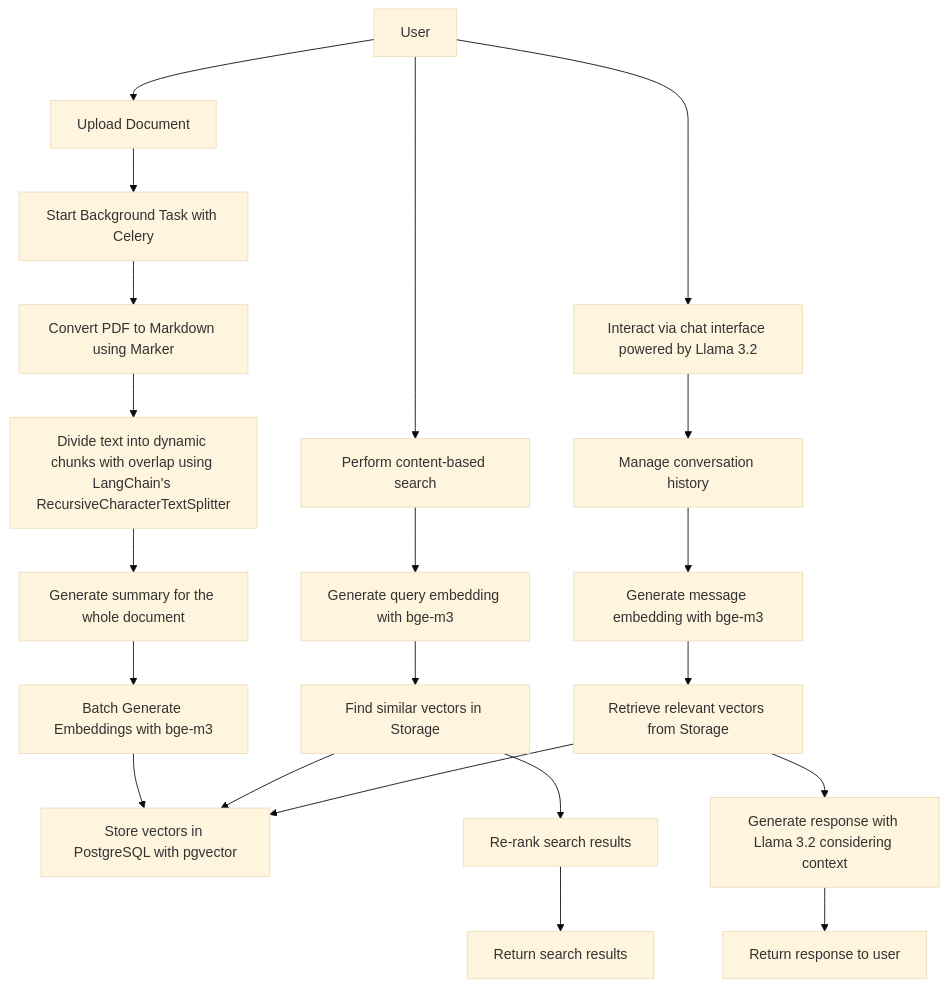
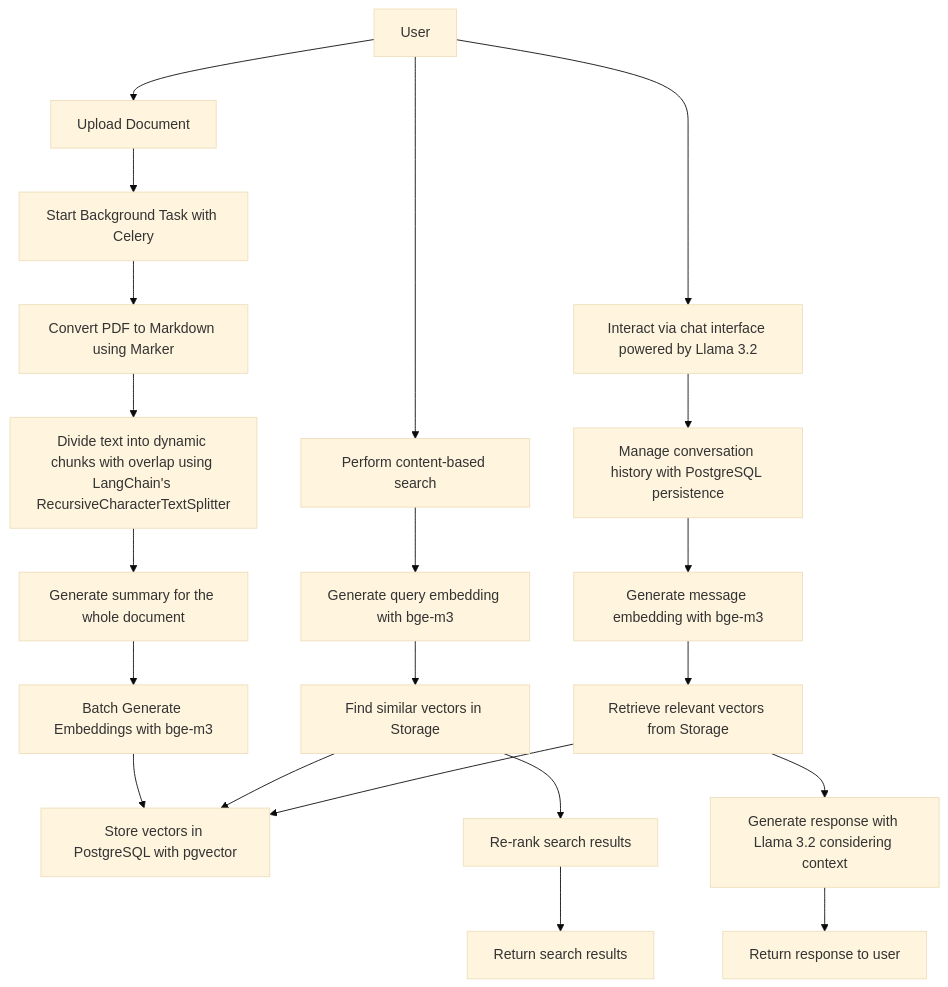
Before and after one commit to mjcarnaje/catsight.ai: the diagram in README.md, drawn with Mermaid (base theme). The commit also changed other lines of this file and 69 other files, not shown here.

````diff
--- a/README.md
+++ b/README.md
@@ -72,25 +73,25 @@
 ```mermaid
 flowchart TB
     User --> Upload[Upload Document]
     Upload --> Check[Start Background Task with Celery]
     Check --> TextConversion[Convert PDF to Markdown using Marker]
     TextConversion --> Chunking[Divide text into dynamic chunks with overlap using LangChain's RecursiveCharacterTextSplitter]
     Chunking --> DocumentSummary[Generate summary for the whole document]
     DocumentSummary --> EmbeddingBatch[Batch Generate Embeddings with bge-m3]
     EmbeddingBatch --> Storage[Store vectors in PostgreSQL with pgvector]
 
     User --> Search[Perform content-based search]
     Search --> QueryEmbedding[Generate query embedding with bge-m3]
     QueryEmbedding --> SimilaritySearch[Find similar vectors in Storage]
     SimilaritySearch --> Storage
     SimilaritySearch --> ReRank[Re-rank search results]
     ReRank --> SearchResults[Return search results]
 
     User --> Chat[Interact via chat interface powered by Llama 3.2]
-    Chat --> ChatHistory[Manage conversation history]
+    Chat --> ChatHistory[Manage conversation history with PostgreSQL persistence]
     ChatHistory --> ChatEmbedding[Generate message embedding with bge-m3]
     ChatEmbedding --> ContextRetrieval[Retrieve relevant vectors from Storage]
     ContextRetrieval --> Storage
     ContextRetrieval --> ResponseGeneration[Generate response with Llama 3.2 considering context]
     ResponseGeneration --> ChatOutput[Return response to user]
 ```
````
